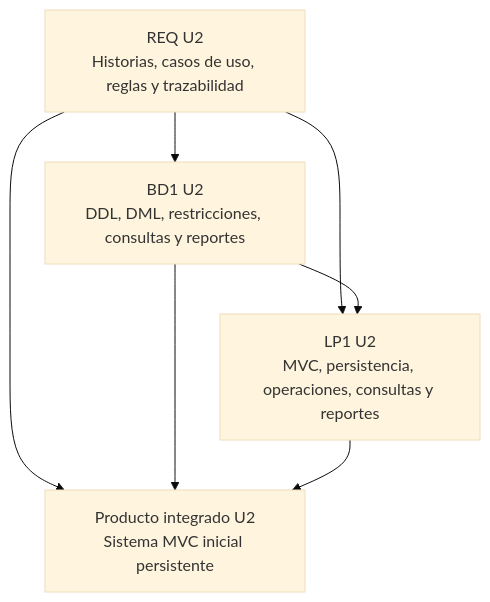
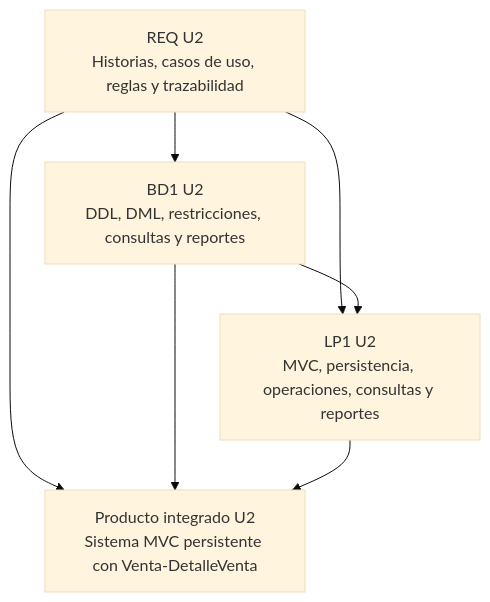
One commit to 262ciclo3/bomstart changed the first of 2 diagrams in docs/proyecto-integrador/u2/index.md. Above: the diagram before and after it, drawn with Mermaid (base theme). The commit also changed other lines of this file and 23 other files, not shown here.

````diff
--- a/docs/proyecto-integrador/u2/index.md
+++ b/docs/proyecto-integrador/u2/index.md
@@ -23,14 +23,14 @@
 ```mermaid
 flowchart TB
     A[REQ U2<br/>Historias, casos de uso, reglas y trazabilidad]
     B[BD1 U2<br/>DDL, DML, restricciones, consultas y reportes]
     C[LP1 U2<br/>MVC, persistencia, operaciones, consultas y reportes]
-    D[Producto integrado U2<br/>Sistema MVC inicial persistente]
+    D[Producto integrado U2<br/>Sistema MVC persistente con Venta-DetalleVenta]
 
     A --> B
     A --> C
     B --> C
     A --> D
     B --> D
     C --> D
 ```
````
